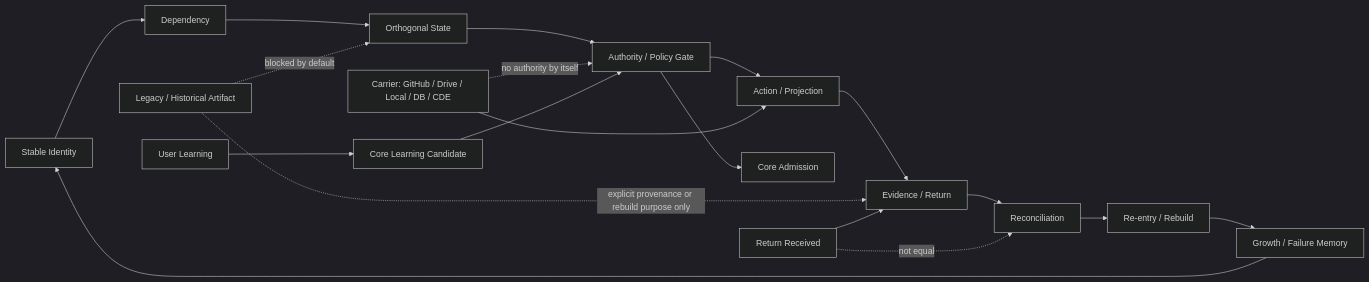
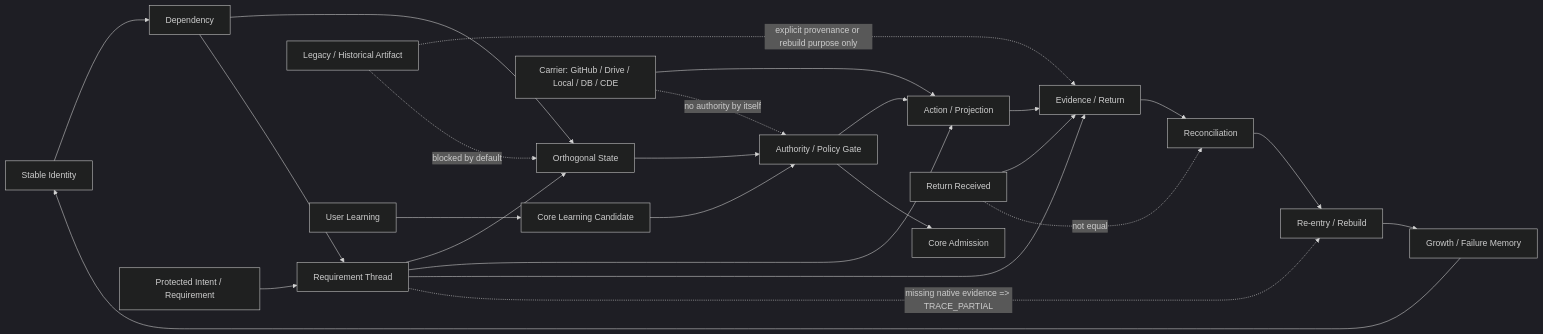
The diagram in semantic-core/dcp/visuals/dependency-current.mmd (chenchienheng/GLModel-Pole-Projection), drawn with Mermaid (dark theme) before and after one commit. The commit also changed 8 other files, not shown here.

Commit message:
semantic-core: compile WP-B requirement thread and reader order

```diff
--- a/semantic-core/dcp/visuals/dependency-current.mmd
+++ b/semantic-core/dcp/visuals/dependency-current.mmd
@@ -1,23 +1,30 @@
 flowchart LR
   A[Stable Identity] --> B[Dependency]
   B --> C[Orthogonal State]
   C --> D[Authority / Policy Gate]
   D --> E[Action / Projection]
   E --> F[Evidence / Return]
   F --> G[Reconciliation]
   G --> H[Re-entry / Rebuild]
   H --> I[Growth / Failure Memory]
   I --> A
+
+  Q[Protected Intent / Requirement] --> T[Requirement Thread]
+  B --> T
+  T --> C
+  T --> E
+  T --> F
+  T -. missing native evidence => TRACE_PARTIAL .-> H
 
   L[Legacy / Historical Artifact] -. explicit provenance or rebuild purpose only .-> F
   L -. blocked by default .-> C
 
   X[Carrier: GitHub / Drive / Local / DB / CDE] --> E
   X -. no authority by itself .-> D
 
   U[User Learning] --> UC[Core Learning Candidate]
   UC --> D
   D --> CA[Core Admission]
 
   R[Return Received] --> F
   R -. not equal .-> G
```
